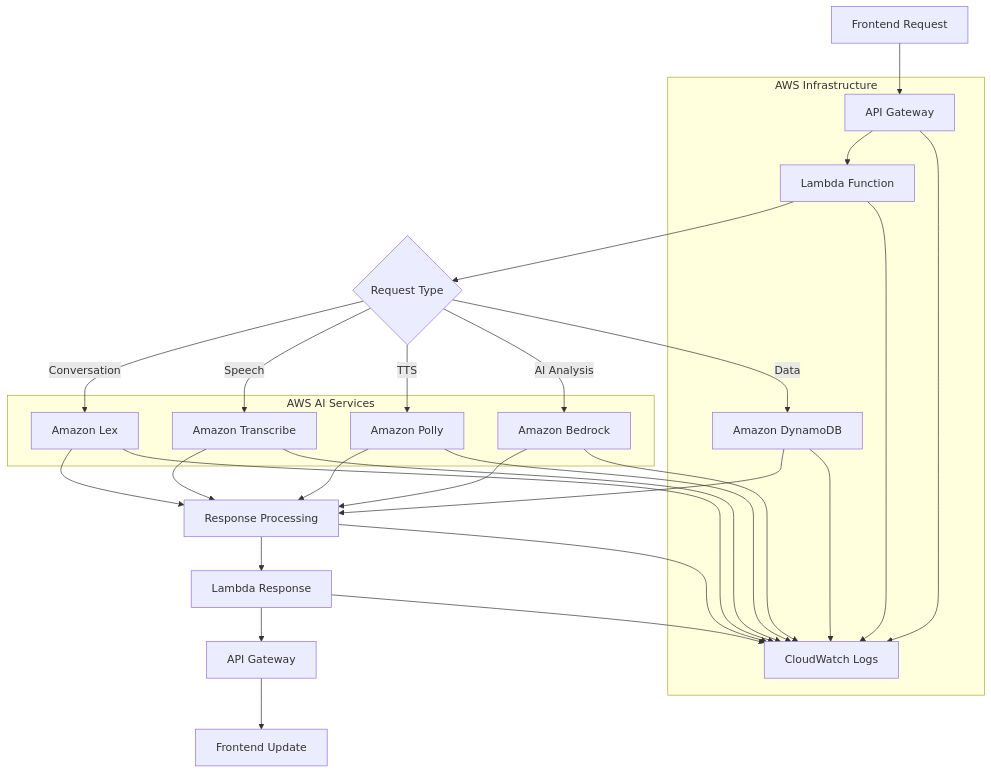
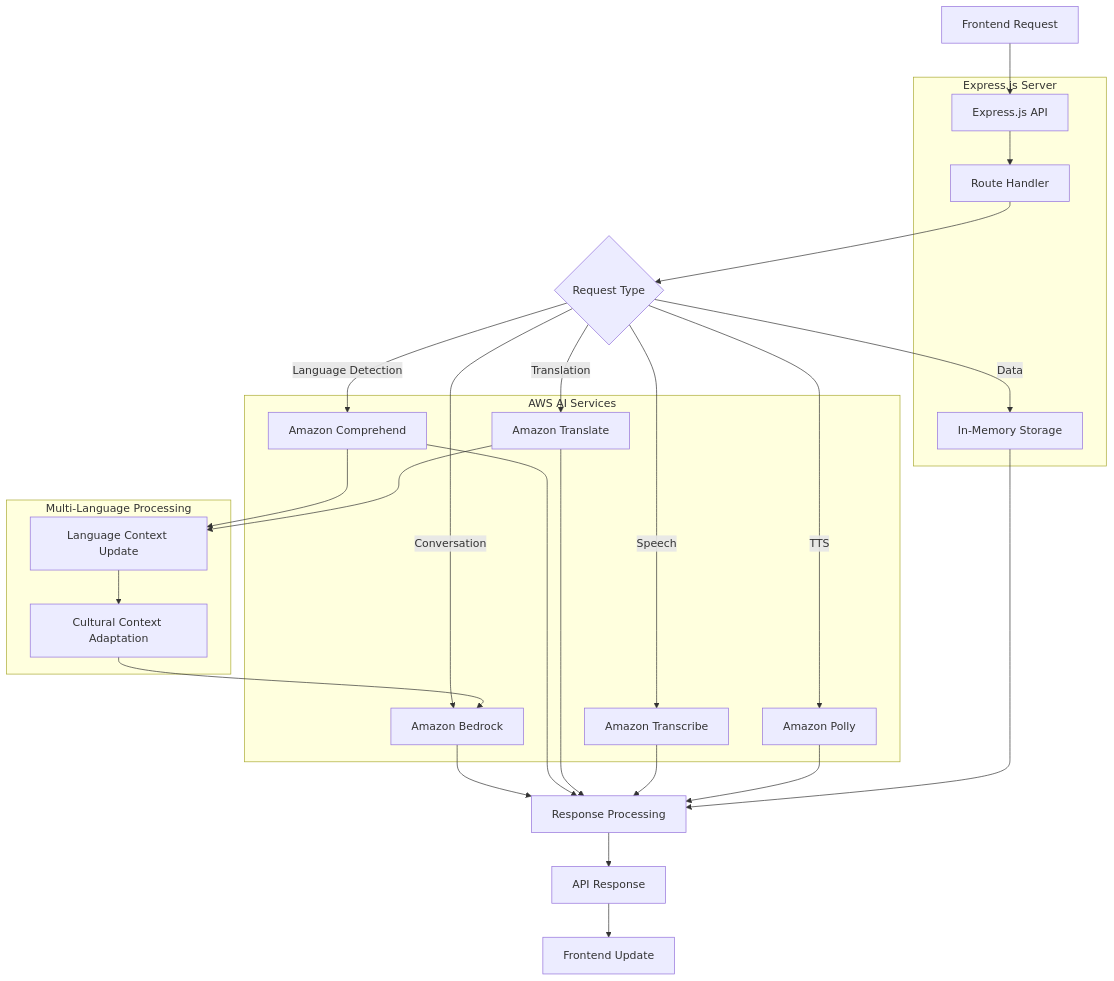
One commit to ryanlau1220/AI-Powered-Language-Learning-Companion changed the second of 2 diagrams in README.md. Above: the diagram before and after it, drawn with Mermaid. The commit also changed other lines of this file and 58 other files, not shown here.

````diff
--- a/README.md
+++ b/README.md
@@ -150,47 +200,48 @@
 ```mermaid
 flowchart TD
-    A[Frontend Request] --> B[API Gateway]
-    B --> C[Lambda Function]
+    A[Frontend Request] --> B[Express.js API]
+    B --> C[Route Handler]
     
     C --> D{Request Type}
-    D -->|Conversation| E[Amazon Lex]
-    D -->|Speech| F[Amazon Transcribe]
-    D -->|TTS| G[Amazon Polly]
-    D -->|AI Analysis| H[Amazon Bedrock]
-    D -->|Data| I[Amazon DynamoDB]
+    D -->|Conversation| E[Amazon Bedrock]
+    D -->|Language Detection| F[Amazon Comprehend]
+    D -->|Translation| G[Amazon Translate]
+    D -->|Speech| H[Amazon Transcribe]
+    D -->|TTS| I[Amazon Polly]
+    D -->|Data| J[In-Memory Storage]
     
-    E --> J[Response Processing]
-    F --> J
-    G --> J
-    H --> J
-    I --> J
+    E --> K[Response Processing]
+    F --> K
+    G --> K
+    H --> K
+    I --> K
+    J --> K
     
-    J --> K[Lambda Response]
-    K --> L[API Gateway]
+    K --> L[API Response]
     L --> M[Frontend Update]
     
-    %% CloudWatch Logs connections
-    B --> N[CloudWatch Logs]
-    C --> N
-    E --> N
-    F --> N
+    %% Multi-language processing
+    F --> N[Language Context Update]
     G --> N
-    H --> N
-    I --> N
-    J --> N
-    K --> N
+    N --> O[Cultural Context Adaptation]
+    O --> E
     
     subgraph "AWS AI Services"
         E
         F
         G
         H
+        I
     end
     
-    subgraph "AWS Infrastructure"
+    subgraph "Multi-Language Processing"
+        N
+        O
+    end
+    
+    subgraph "Express.js Server"
         B
         C
-        I
-        N
+        J
     end
 ```
````
